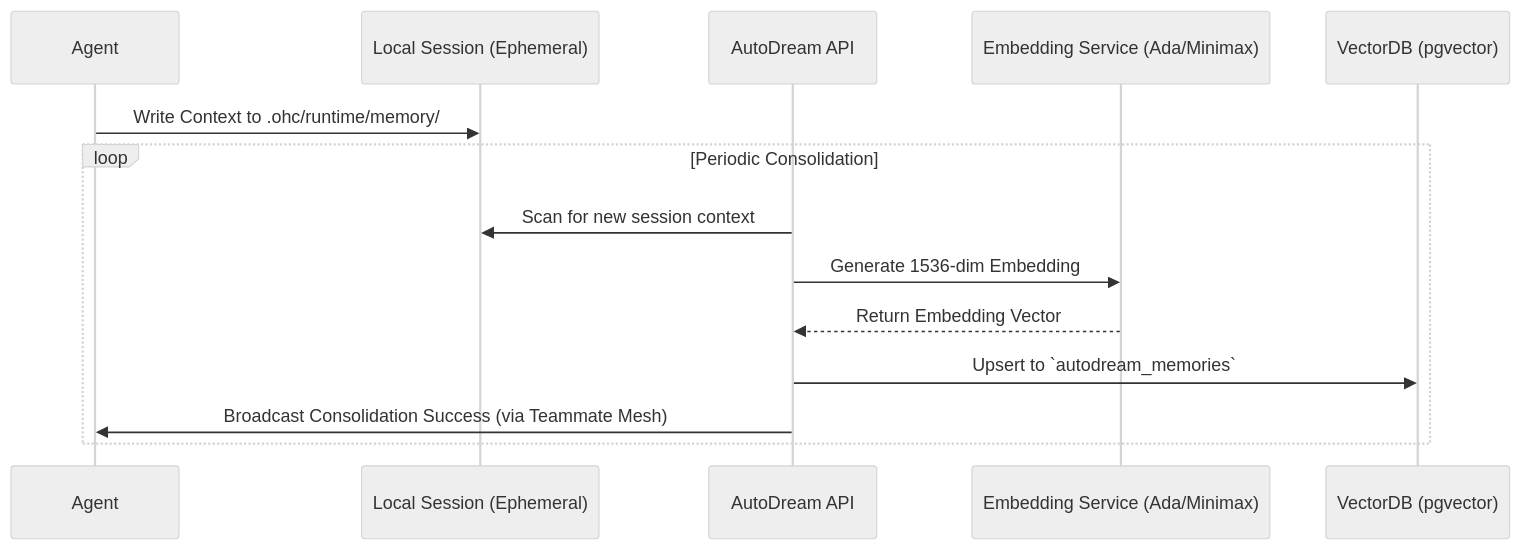
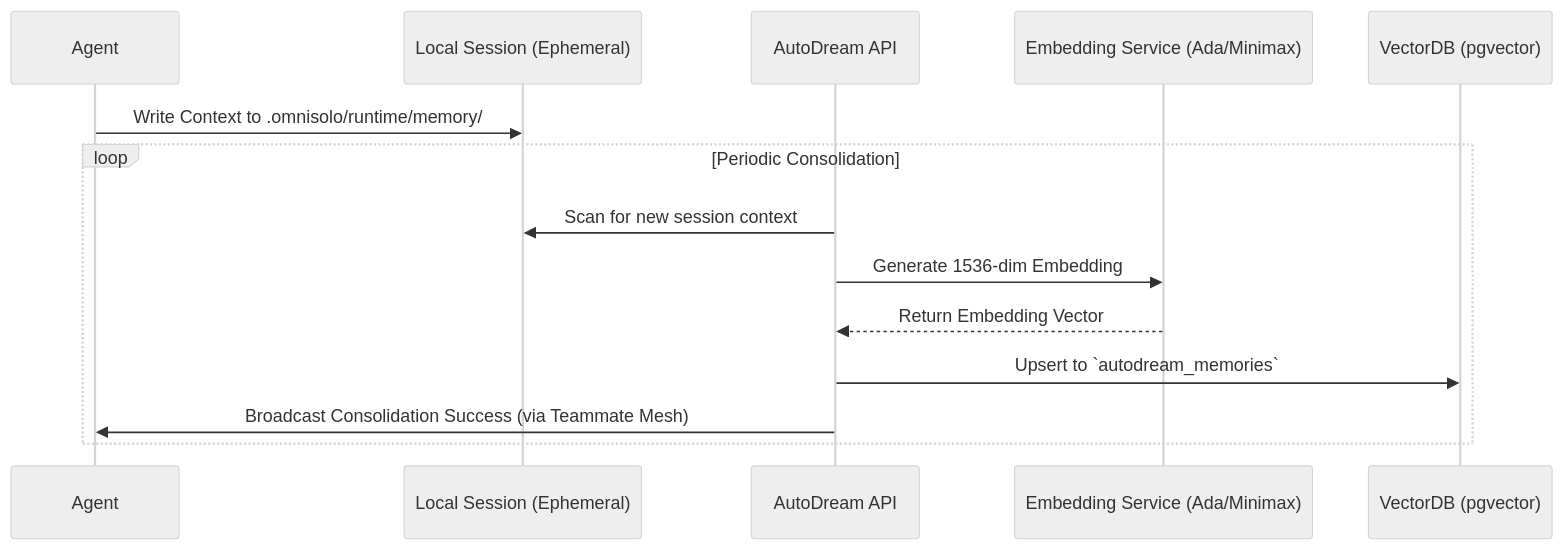
Before and after one commit to omnisolo-llc/onehumancorp: the diagram in docs/technical/walkthroughs/kairos_autodream_walkthrough.md, drawn with Mermaid (neutral theme). The commit also changed 388 other files, not shown here.

````diff
--- a/docs/technical/walkthroughs/kairos_autodream_walkthrough.md
+++ b/docs/technical/walkthroughs/kairos_autodream_walkthrough.md
@@ -11,17 +11,17 @@
 ```mermaid
 sequenceDiagram
     participant Worker as Agent
     participant FS as Local Session (Ephemeral)
     participant AutoDream as AutoDream API
     participant LLM as Embedding Service (Ada/Minimax)
     participant DB as VectorDB (pgvector)
 
-    Worker->>FS: Write Context to .ohc/runtime/memory/
+    Worker->>FS: Write Context to .omnisolo/runtime/memory/
     loop Periodic Consolidation
         AutoDream->>FS: Scan for new session context
         AutoDream->>LLM: Generate 1536-dim Embedding
         LLM-->>AutoDream: Return Embedding Vector
         AutoDream->>DB: Upsert to `autodream_memories`
         AutoDream->>Worker: Broadcast Consolidation Success (via Teammate Mesh)
     end
 ```
````
